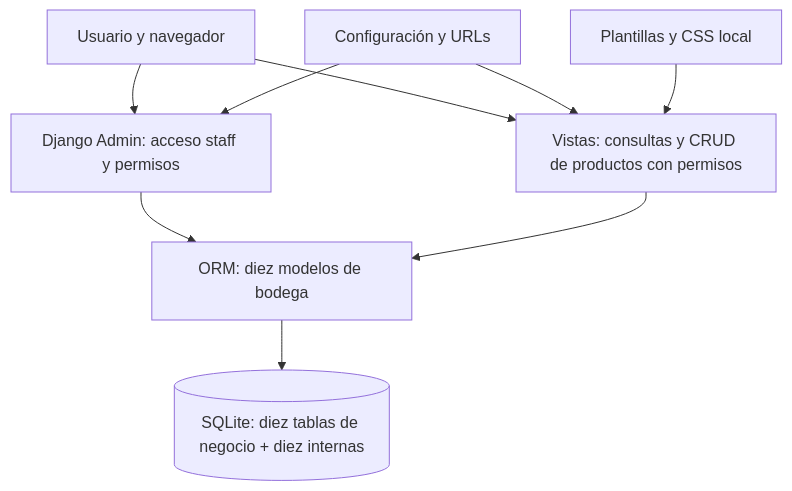
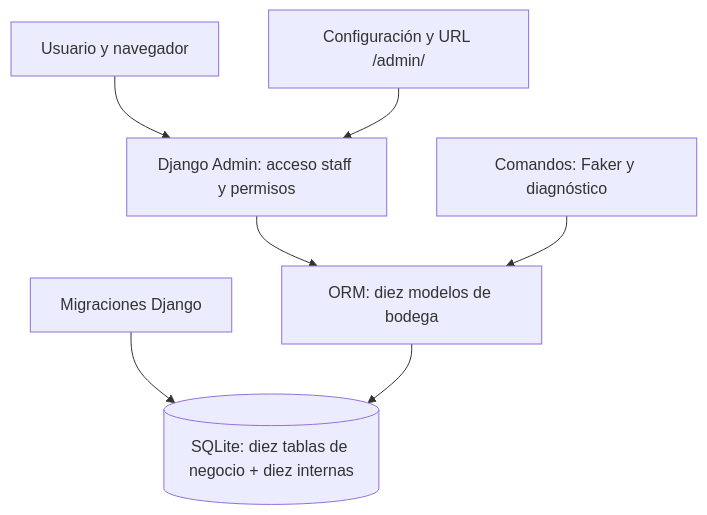
Before and after one commit to emmanuelpobletepereira-cmd/musicpro_e2: the first of 2 diagrams in docs/diagramas.md, drawn with Mermaid. The commit also changed other lines of this file and 22 other files, not shown here.

Commit message:
Usar solo Django Admin y eliminar vistas propias

````diff
--- a/docs/diagramas.md
+++ b/docs/diagramas.md
@@ -17,11 +17,9 @@
 ```mermaid
 flowchart TD
     persona[Usuario y navegador] --> admin[Django Admin: acceso staff y permisos]
-    persona --> vistas[Vistas: consultas y CRUD de productos con permisos]
-    configuracion[Configuración y URLs] --> admin
-    configuracion --> vistas
-    plantillas[Plantillas y CSS local] --> vistas
+    configuracion[Configuración y URL /admin/] --> admin
     admin --> modelos[ORM: diez modelos de bodega]
-    vistas --> modelos
-    modelos --> sqlite[(SQLite: diez tablas de negocio + diez internas)]
+    comandos[Comandos: Faker y diagnóstico] --> modelos
+    migraciones[Migraciones Django] --> sqlite[(SQLite: diez tablas de negocio + diez internas)]
+    modelos --> sqlite
 ```
````
